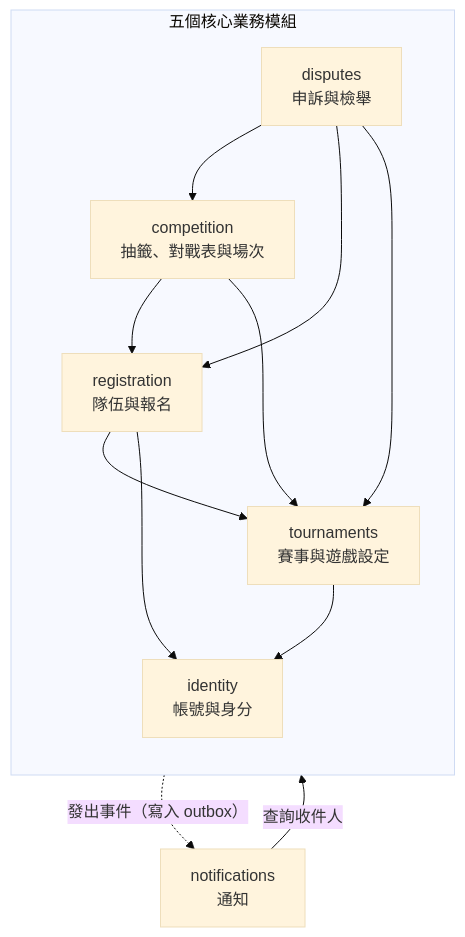
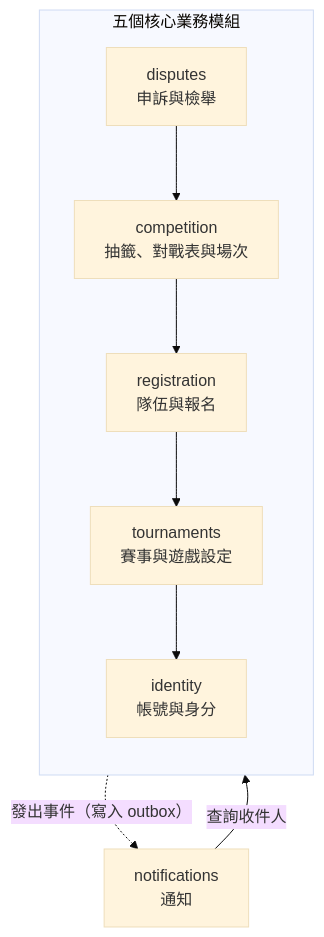
One commit to Team14good/esport-platform changed the third of 6 diagrams in docs/midterm/C-軟體設計文件.md. Above: the diagram before and after it, drawn with Mermaid (base theme). The commit also changed other lines of this file and 11 other files, not shown here.

First line of the commit message:
docs: 簡化期中文件 B、C 的圖面 (#83)

````diff
--- a/docs/midterm/C-軟體設計文件.md
+++ b/docs/midterm/C-軟體設計文件.md
@@ -175,16 +177,12 @@
 ```mermaid
 flowchart TB
   subgraph biz["五個核心業務模組"]
     direction TB
     disputes["disputes<br/>申訴與檢舉"] --> competition["competition<br/>抽籤、對戰表與場次"]
     competition --> registration["registration<br/>隊伍與報名"]
     registration --> tournaments["tournaments<br/>賽事與遊戲設定"]
     tournaments --> identity["identity<br/>帳號與身分"]
-    registration --> identity
-    disputes --> registration
-    disputes --> tournaments
-    competition --> tournaments
   end
   biz -. 發出事件（寫入 outbox） .-> notifications["notifications<br/>通知"]
   notifications -- 查詢收件人 --> biz
 ```
````
